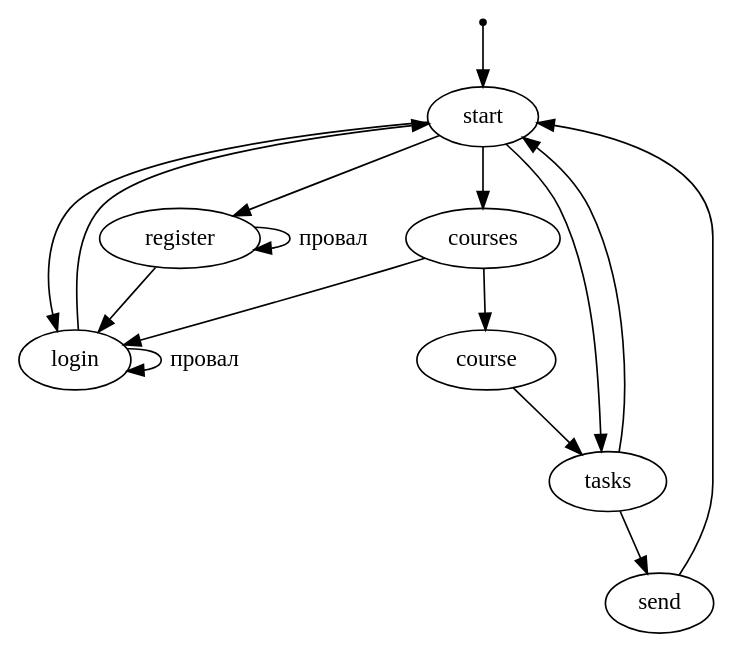
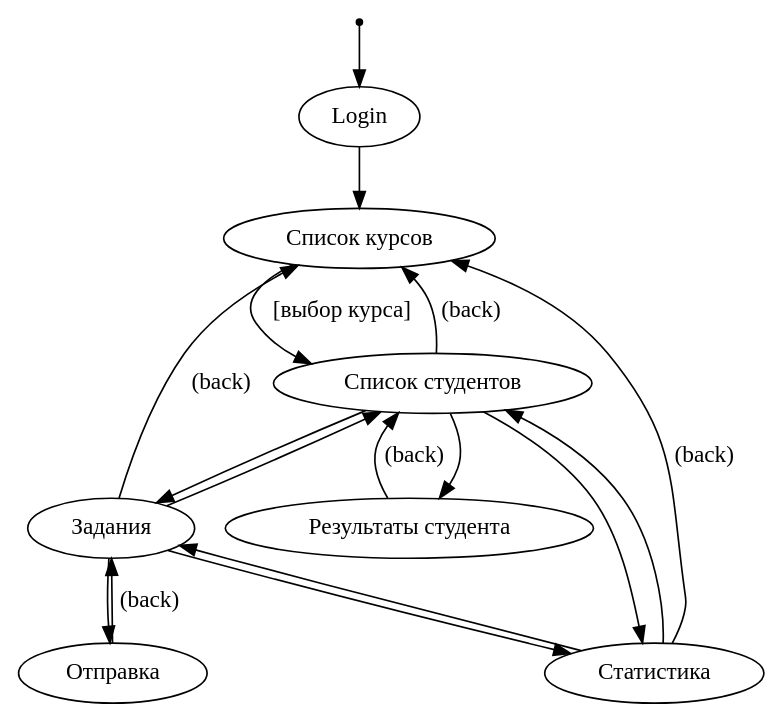
The diagram in hwproj2/uml.dot (katyacyfra/software_design), drawn with Graphviz before and after one commit.

Commit message:
Modify uml.dot according to the mocks

```diff
--- a/hwproj2/uml.dot
+++ b/hwproj2/uml.dot
@@ -1,23 +1,21 @@
 digraph activity_diagram {
-  # Intermediary states
   entry    [shape=point]
 
   # Transitions
-  entry    -> start
-  start    -> login
-  start    -> register
-  register -> register[label="провал"]
-  register -> login
-  login    -> login[label="провал"]
-  login    -> start
-  start    -> courses
-  start    -> tasks
-  tasks    -> start
-  courses  -> login
-  courses  -> course
-  course   -> tasks
-  tasks    -> send
-  send     -> start
-
-  # Labels
+  entry                 -> Login
+  Login                 -> "Список курсов"
+  "Список курсов"       -> "Список студентов"[label="[выбор курса]"]
+  "Список студентов"    -> "Список курсов"[label="(back)"]
+  Задания               -> "Список курсов"[label="(back)"]
+  Статистика            -> "Список курсов"[label="(back)"]
+  "Список студентов"    -> Задания
+  "Список студентов"    -> Статистика
+  "Список студентов"    -> "Результаты студента"
+  "Результаты студента" -> "Список студентов"[label="(back)"]
+  Задания               -> "Список студентов"
+  Задания               -> Статистика
+  Статистика            -> "Список студентов"
+  Статистика            -> Задания
+  Задания               -> Отправка
+  Отправка              -> Задания[label="(back)"]
 }
```
